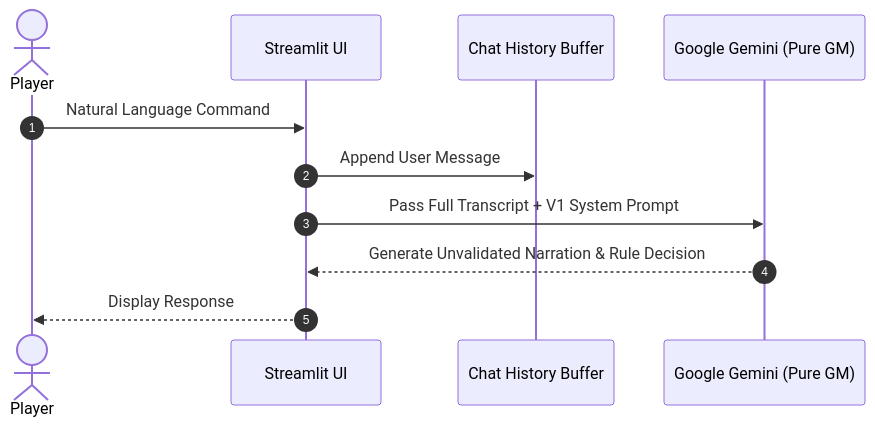
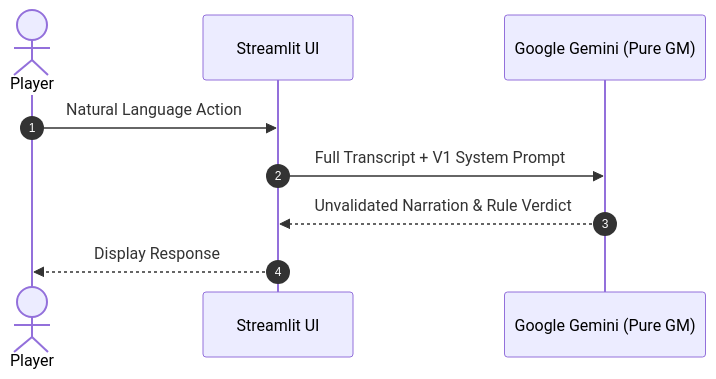
One commit to dimpleparmar35/AI-Escape-Room changed the first of 2 diagrams in REPORT.md. Above: the diagram before and after it, drawn with Mermaid. The commit also changed other lines of this file and 9 other files, not shown here.

````diff
--- a/REPORT.md
+++ b/REPORT.md
@@ -44,14 +46,12 @@
 ```mermaid
 sequenceDiagram
     autonumber
     actor Player
     participant UI as Streamlit UI
-    participant Memory as Chat History Buffer
     participant LLM as Google Gemini (Pure GM)
 
-    Player->>UI: Natural Language Command
-    UI->>Memory: Append User Message
-    UI->>LLM: Pass Full Transcript + V1 System Prompt
-    LLM-->>UI: Generate Unvalidated Narration & Rule Decision
+    Player->>UI: Natural Language Action
+    UI->>LLM: Full Transcript + V1 System Prompt
+    LLM-->>UI: Unvalidated Narration & Rule Verdict
     UI-->>Player: Display Response
 ```
````
